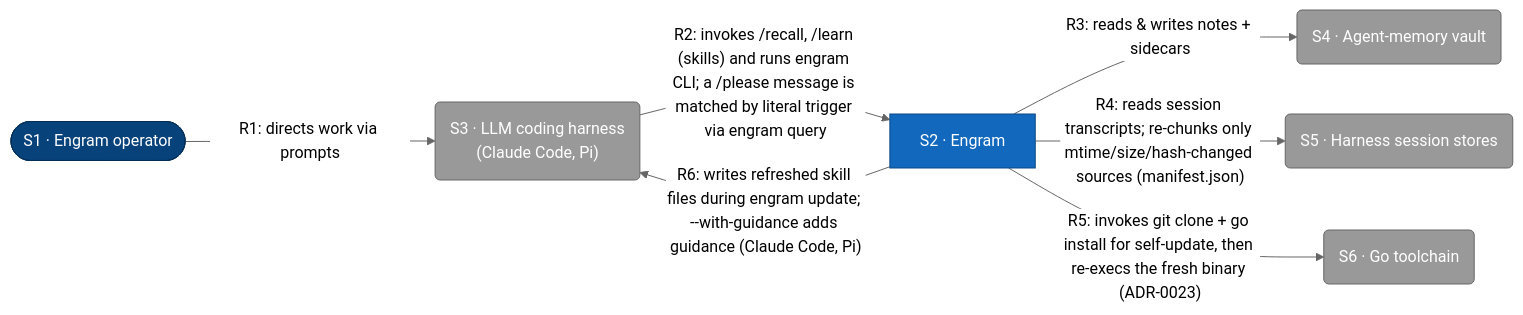
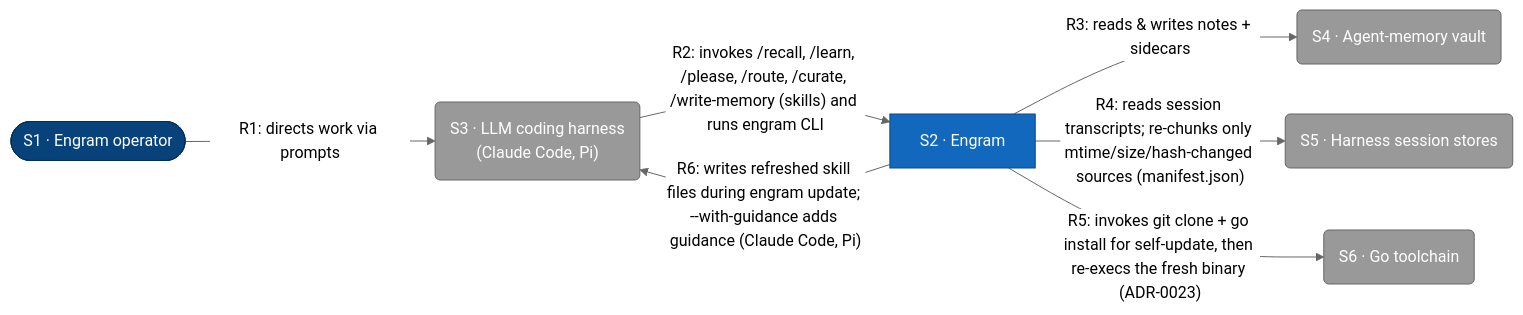
One commit to toejough/engram changed the first of 8 diagrams in docs/architecture/c1-system-context.md. Above: the diagram before and after it, drawn with Mermaid (neutral theme). The commit also changed other lines of this file and 10 other files, not shown here.

````diff
--- a/docs/architecture/c1-system-context.md
+++ b/docs/architecture/c1-system-context.md
@@ -9,31 +9,31 @@
 ```mermaid
 flowchart LR
     classDef person      fill:#08427b,stroke:#052e56,color:#fff
     classDef external    fill:#999,   stroke:#666,   color:#fff
     classDef container   fill:#1168bd,stroke:#0b4884,color:#fff
 
     user([S1 · Engram operator])
     engram[S2 · Engram]
     harness("S3 · LLM coding harness<br/>(Claude Code, Pi)")
     vault(S4 · Agent-memory vault)
     sessions(S5 · Harness session stores)
     gotool(S6 · Go toolchain)
 
     user -->|"R1: directs work via prompts"| harness
-    harness -->|"R2: invokes /recall, /learn (skills) and runs engram CLI; a /please message is matched by literal trigger via engram query"| engram
+    harness -->|"R2: invokes /recall, /learn, /please, /route, /curate, /write-memory (skills) and runs engram CLI"| engram
     engram -->|"R3: reads & writes notes + sidecars"| vault
     engram -->|"R4: reads session transcripts; re-chunks only mtime/size/hash-changed sources (manifest.json)"| sessions
     engram -->|"R5: invokes git clone + go install for self-update, then re-execs the fresh binary (ADR-0023)"| gotool
     engram -->|"R6: writes refreshed skill files during engram update; --with-guidance adds guidance (Claude Code, Pi)"| harness
 
     class user person
     class harness,vault,sessions,gotool external
     class engram container
 
     click user href "#s1-engram-operator"
     click engram href "#s2-engram"
     click harness href "#s3-llm-coding-harness"
     click vault href "#s4-agent-memory-vault"
     click sessions href "#s5-harness-session-stores"
     click gotool href "#s6-go-toolchain"
 ```
````
